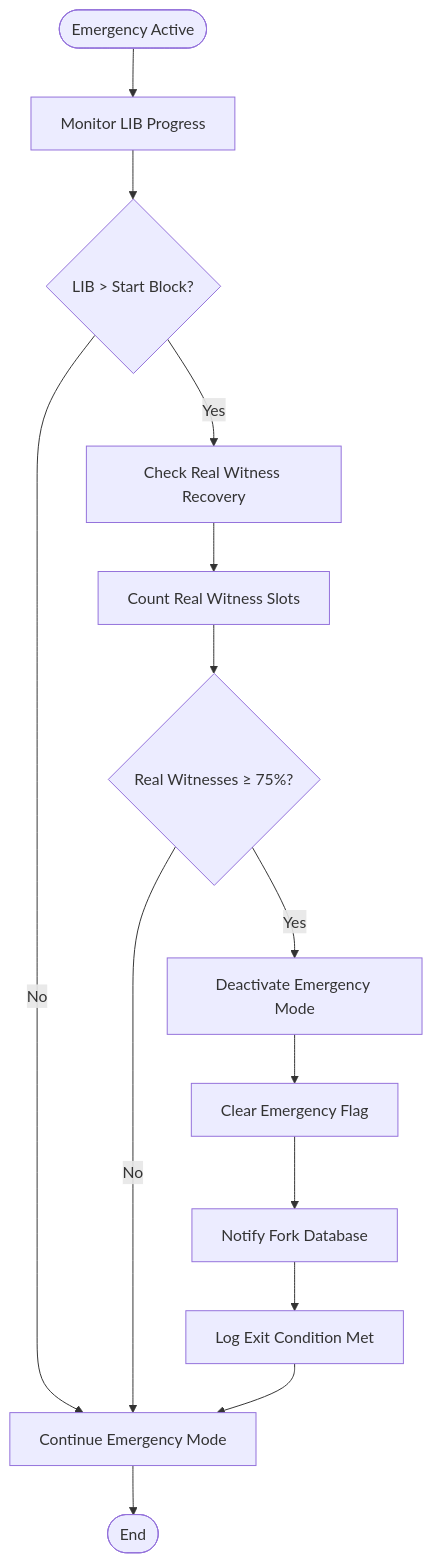
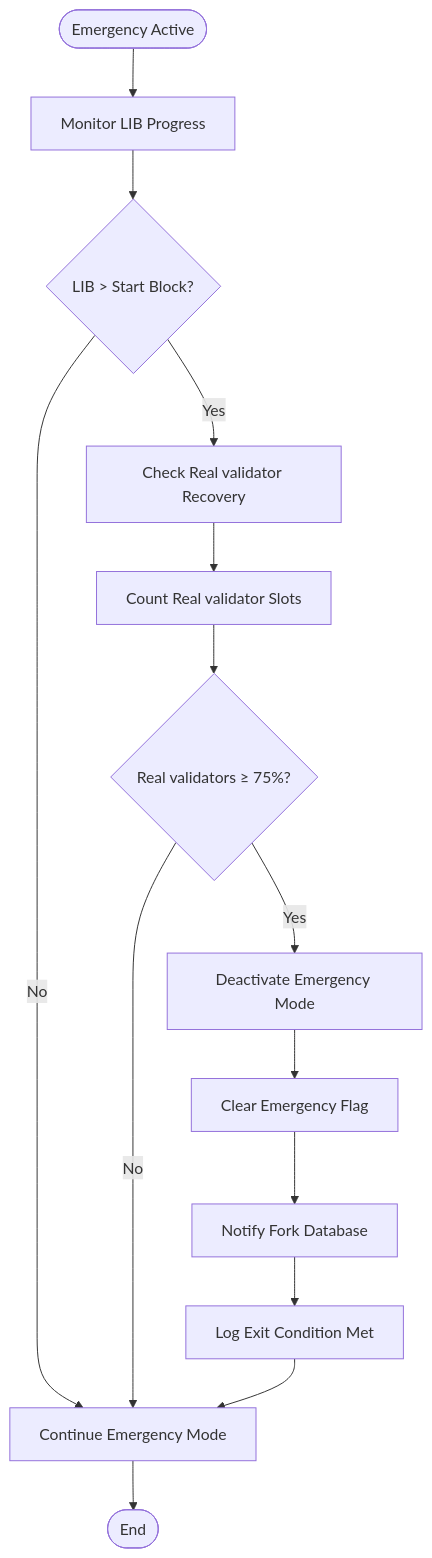
Before and after one commit to VIZ-Blockchain/viz-cpp-node: the sixth of 9 diagrams in .qoder/repowiki/en/content/Core Libraries/Emergency Consensus System.md, drawn with Mermaid. The commit also changed other lines of this file and 88 other files, not shown here.

First line of the commit message:
docs(validator): rename witness to validator throughout documentation

````diff
--- a/.qoder/repowiki/en/content/Core Libraries/Emergency Consensus System.md
+++ b/.qoder/repowiki/en/content/Core Libraries/Emergency Consensus System.md
@@ -328,16 +328,16 @@
 ```mermaid
 flowchart TD
 Start([Emergency Active]) --> MonitorLIB["Monitor LIB Progress"]
 MonitorLIB --> CheckProgress{"LIB > Start Block?"}
 CheckProgress --> |No| Continue["Continue Emergency Mode"]
-CheckProgress --> |Yes| CheckRecovery["Check Real Witness Recovery"]
-CheckRecovery --> CountReal["Count Real Witness Slots"]
-CountReal --> CheckThreshold{"Real Witnesses ≥ 75%?"}
+CheckProgress --> |Yes| CheckRecovery["Check Real validator Recovery"]
+CheckRecovery --> CountReal["Count Real validator Slots"]
+CountReal --> CheckThreshold{"Real validators ≥ 75%?"}
 CheckThreshold --> |No| Continue
 CheckThreshold --> |Yes| Deactivate["Deactivate Emergency Mode"]
 Deactivate --> ClearFlag["Clear Emergency Flag"]
 ClearFlag --> NotifyFork["Notify Fork Database"]
 NotifyFork --> LogExit["Log Exit Condition Met"]
 LogExit --> Continue
 Continue --> End([End])
 ```
````
